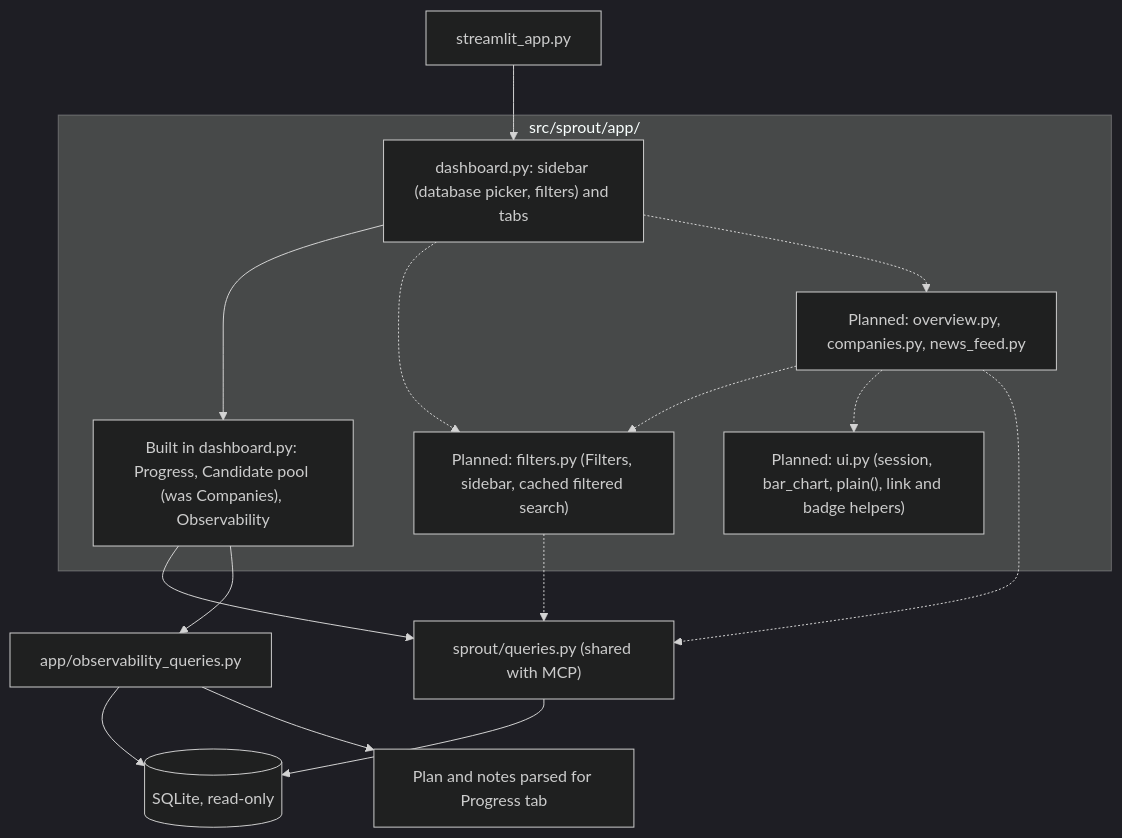
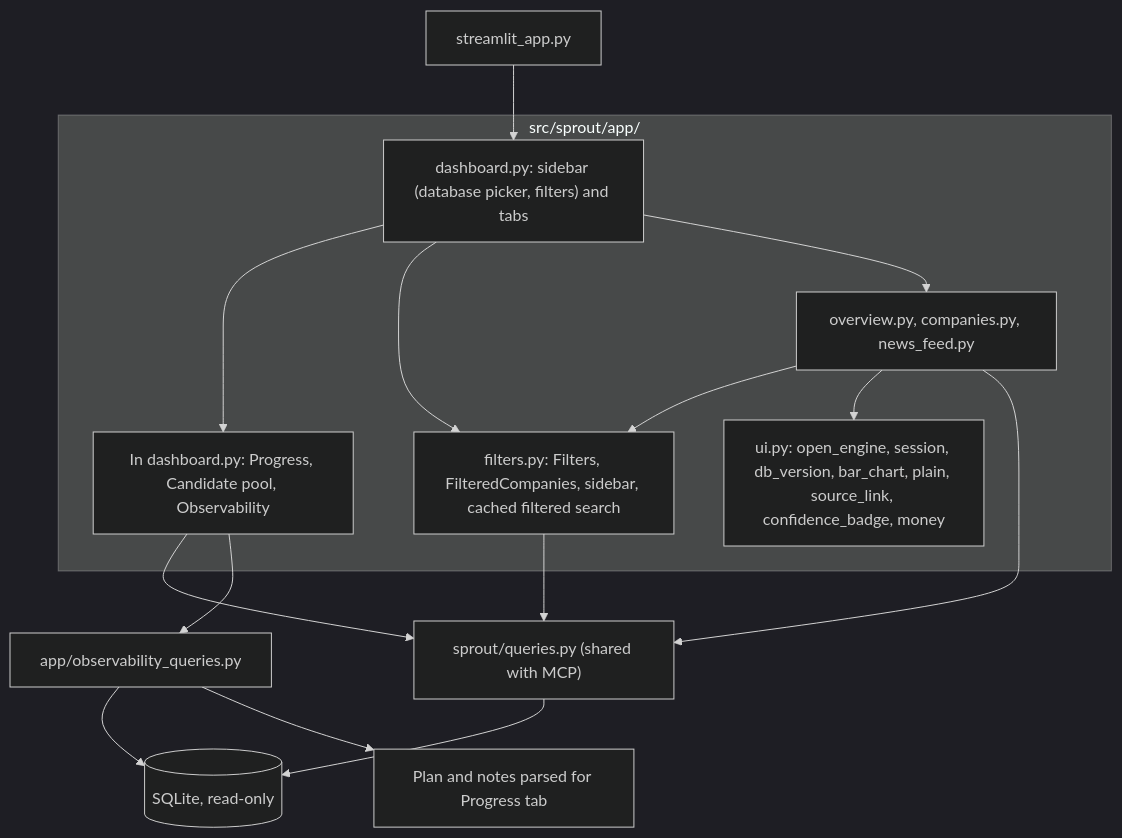
Before and after one commit to Farzaanee/sprout: the diagram in docs/architecture/phases/phase-7-dashboard.md, drawn with Mermaid (dark theme). The commit also changed other lines of this file and 8 other files, not shown here.

First line of the commit message:
Sync Phase 7 architecture docs and implementation notes

````diff
--- a/docs/architecture/phases/phase-7-dashboard.md
+++ b/docs/architecture/phases/phase-7-dashboard.md
@@ -7,28 +5,28 @@
 ```mermaid
 flowchart TB
     ENTRY["streamlit_app.py"]
     subgraph UI["src/sprout/app/"]
         SHELL["dashboard.py: sidebar (database picker, filters) and tabs"]
-        OPS["Built in dashboard.py: Progress, Candidate pool (was Companies), Observability"]
-        PAGES["Planned: overview.py, companies.py, news_feed.py"]
-        FILT["Planned: filters.py (Filters, sidebar, cached filtered search)"]
-        HELP["Planned: ui.py (session, bar_chart, plain(), link and badge helpers)"]
+        OPS["In dashboard.py: Progress, Candidate pool, Observability"]
+        PAGES["overview.py, companies.py, news_feed.py"]
+        FILT["filters.py: Filters, FilteredCompanies, sidebar, cached filtered search"]
+        HELP["ui.py: open_engine, session, db_version, bar_chart, plain, source_link, confidence_badge, money"]
     end
     Q["sprout/queries.py (shared with MCP)"]
     OQ["app/observability_queries.py"]
     SQL[("SQLite, read-only")]
     DOCS["Plan and notes parsed for Progress tab"]
     ENTRY --> SHELL
     SHELL --> OPS
-    SHELL -.-> FILT
-    SHELL -.-> PAGES
-    PAGES -.-> FILT
-    PAGES -.-> HELP
+    SHELL --> FILT
+    SHELL --> PAGES
+    PAGES --> FILT
+    PAGES --> HELP
     OPS --> Q
     OPS --> OQ
-    FILT -.-> Q
-    PAGES -.-> Q
+    FILT --> Q
+    PAGES --> Q
     Q --> SQL
     OQ --> SQL
     OQ --> DOCS
 ```
````
